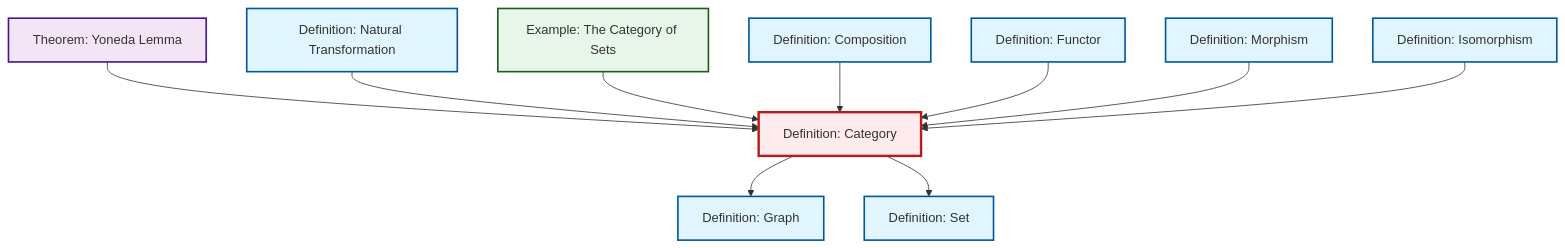
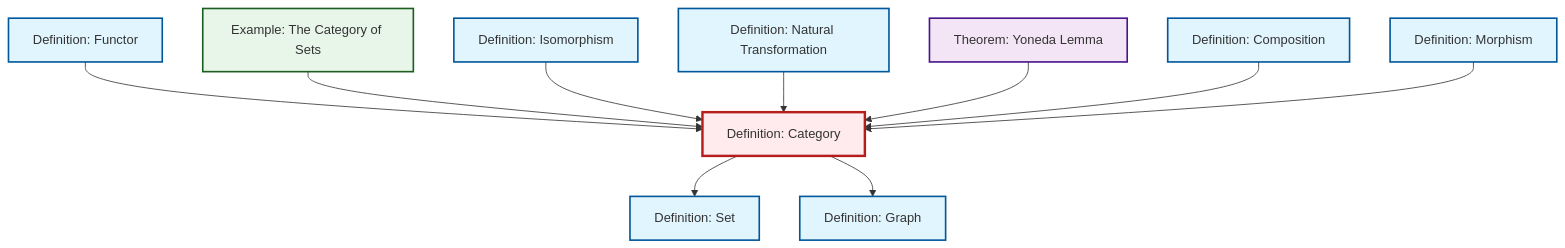
The diagram in content/en/category-theory/def-category.qmd (RK0429/ModernMath), drawn with Mermaid before and after one commit. The commit also changed other lines of this file and 531 other files, not shown here.

````diff
--- a/content/en/category-theory/def-category.qmd
+++ b/content/en/category-theory/def-category.qmd
@@ -47,38 +47,38 @@
 ```{mermaid}
 %%| fig-cap: "Local dependency graph"
 graph TD
     classDef definition fill:#e1f5fe,stroke:#01579b,stroke-width:2px
     classDef theorem fill:#f3e5f5,stroke:#4a148c,stroke-width:2px
     classDef axiom fill:#fff3e0,stroke:#e65100,stroke-width:2px
     classDef example fill:#e8f5e9,stroke:#1b5e20,stroke-width:2px
     classDef current fill:#ffebee,stroke:#b71c1c,stroke-width:3px
+    def-set["Definition: Set"]:::definition
     def-natural-transformation["Definition: Natural Transformation"]:::definition
+    def-morphism["Definition: Morphism"]:::definition
+    def-functor["Definition: Functor"]:::definition
+    thm-yoneda["Theorem: Yoneda Lemma"]:::theorem
+    def-category["Definition: Category"]:::definition
     ex-set-category["Example: The Category of Sets"]:::example
-    def-set["Definition: Set"]:::definition
-    def-morphism["Definition: Morphism"]:::definition
-    def-category["Definition: Category"]:::definition
     def-composition["Definition: Composition"]:::definition
     def-graph["Definition: Graph"]:::definition
     def-isomorphism["Definition: Isomorphism"]:::definition
-    def-functor["Definition: Functor"]:::definition
-    thm-yoneda["Theorem: Yoneda Lemma"]:::theorem
-    thm-yoneda --> def-category
-    def-natural-transformation --> def-category
+    def-category --> def-set
+    def-functor --> def-category
     ex-set-category --> def-category
     def-category --> def-graph
+    def-isomorphism --> def-category
+    def-natural-transformation --> def-category
+    thm-yoneda --> def-category
     def-composition --> def-category
-    def-functor --> def-category
     def-morphism --> def-category
-    def-isomorphism --> def-category
-    def-category --> def-set
     class def-category current
+    click def-set "def-set.html" "Go to Set definition"
     click def-natural-transformation "def-natural-transformation.html" "Go to Natural Transformation definition"
+    click def-morphism "def-morphism.html" "Go to Morphism definition"
+    click def-functor "def-functor.html" "Go to Functor definition"
+    click thm-yoneda "thm-yoneda.html" "Go to Yoneda Lemma theorem"
     click ex-set-category "ex-set-category.html" "Go to The Category of Sets example"
-    click def-set "def-set.html" "Go to Set definition"
-    click def-morphism "def-morphism.html" "Go to Morphism definition"
     click def-composition "def-composition.html" "Go to Composition definition"
     click def-graph "def-graph.html" "Go to Graph definition"
     click def-isomorphism "def-isomorphism.html" "Go to Isomorphism definition"
-    click def-functor "def-functor.html" "Go to Functor definition"
-    click thm-yoneda "thm-yoneda.html" "Go to Yoneda Lemma theorem"
 ```
````
